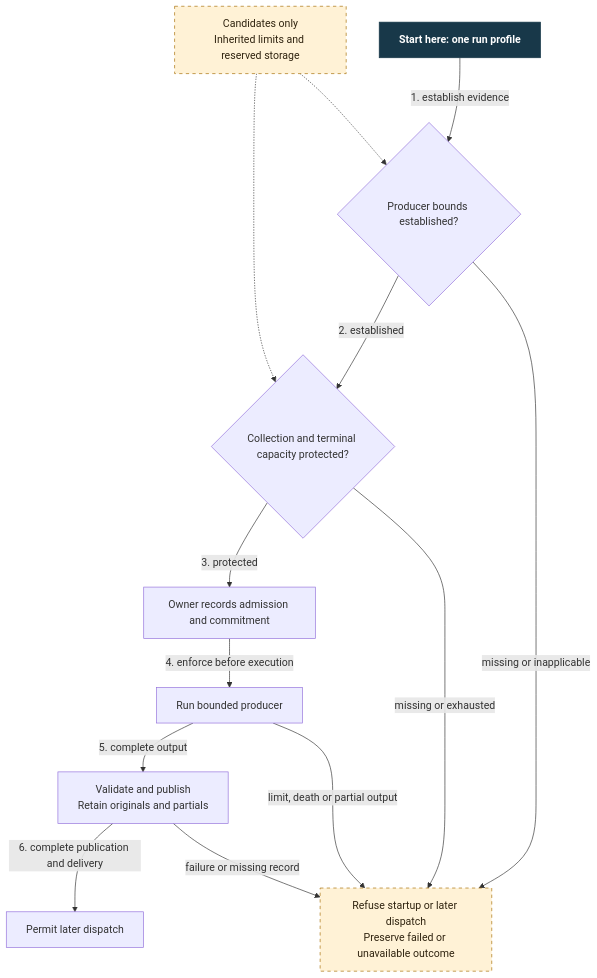
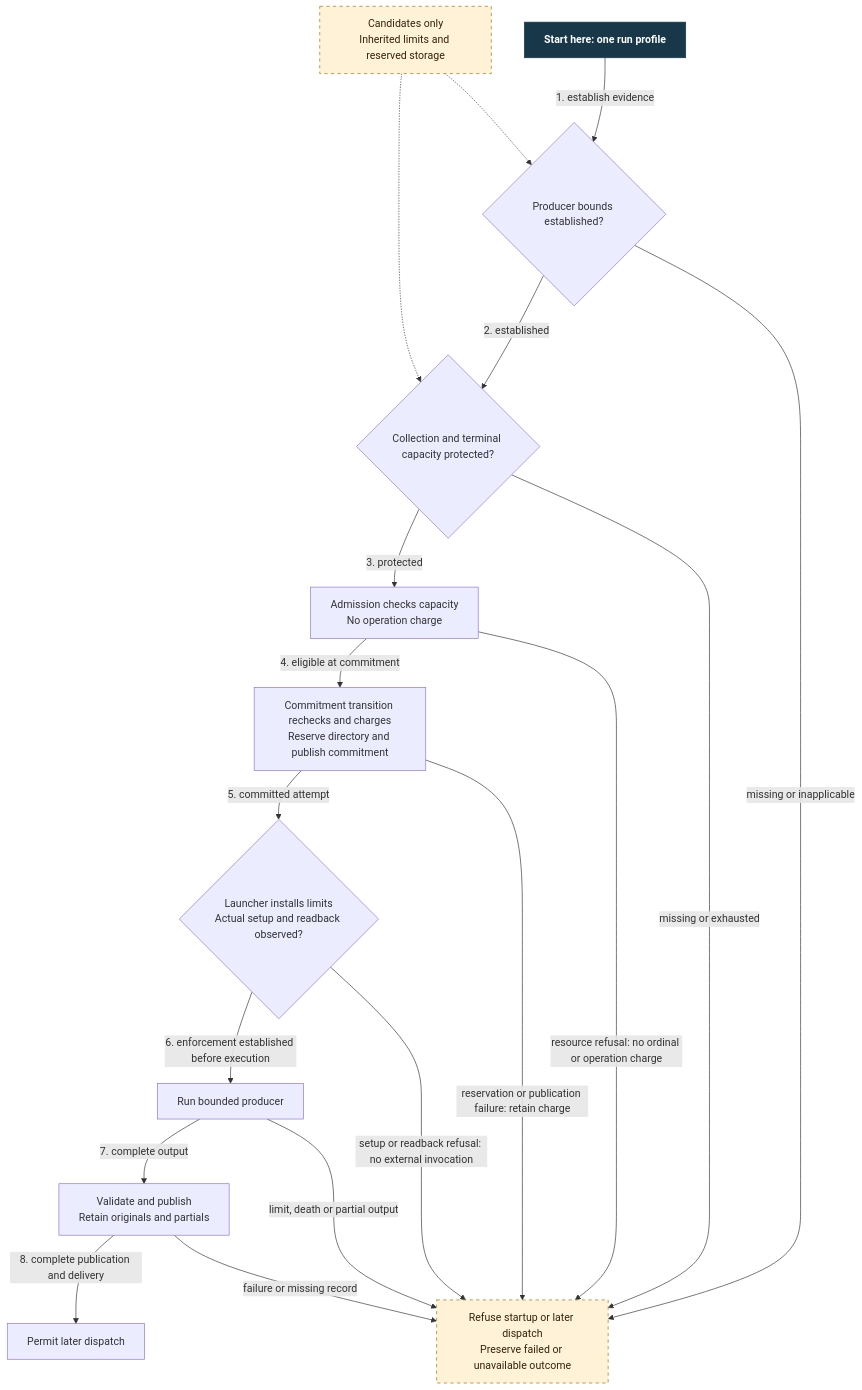
One commit to Linkuistics/Koine changed the diagram in docs/design/architecture/settings-activation/keepalive-resources.mmd. Above: the diagram before and after it, drawn with Mermaid. The commit also changed 24 other files, not shown here.

First line of the commit message:
settings-keepalive-admission-k109: integrate resource-admission review

```diff
--- a/docs/design/architecture/settings-activation/keepalive-resources.mmd
+++ b/docs/design/architecture/settings-activation/keepalive-resources.mmd
@@ -1,24 +1,31 @@
 flowchart TB
   start["Start here: one run profile"]:::start
   proof{"Producer bounds established?"}
   storage{"Collection and terminal capacity protected?"}
-  commit["Owner records admission and commitment"]
+  admission["Admission checks capacity\nNo operation charge"]
+  commit["Commitment transition rechecks and charges\nReserve directory and publish commitment"]
+  launcher{"Launcher installs limits\nActual setup and readback observed?"}
   producer["Run bounded producer"]
   validate["Validate and publish\nRetain originals and partials"]
   next["Permit later dispatch"]
   hold["Refuse startup or later dispatch\nPreserve failed or unavailable outcome"]:::open
   candidates["Candidates only\nInherited limits and reserved storage"]:::open
   start -->|"1. establish evidence"| proof
   proof -->|"2. established"| storage
   proof -->|"missing or inapplicable"| hold
-  storage -->|"3. protected"| commit
+  storage -->|"3. protected"| admission
   storage -->|"missing or exhausted"| hold
-  commit -->|"4. enforce before execution"| producer
-  producer -->|"5. complete output"| validate
-  validate -->|"6. complete publication and delivery"| next
+  admission -->|"4. eligible at commitment"| commit
+  admission -->|"resource refusal: no ordinal or operation charge"| hold
+  commit -->|"5. committed attempt"| launcher
+  commit -->|"reservation or publication failure: retain charge"| hold
+  launcher -->|"6. enforcement established before execution"| producer
+  launcher -->|"setup or readback refusal: no external invocation"| hold
+  producer -->|"7. complete output"| validate
+  validate -->|"8. complete publication and delivery"| next
   producer -->|"limit, death or partial output"| hold
   validate -->|"failure or missing record"| hold
   candidates -.-> proof
   candidates -.-> storage
   classDef start fill:#183849,color:#fff,stroke:#183849,font-weight:bold
   classDef open fill:#fff2d6,color:#302410,stroke:#a66d00,stroke-dasharray:5 5
```
